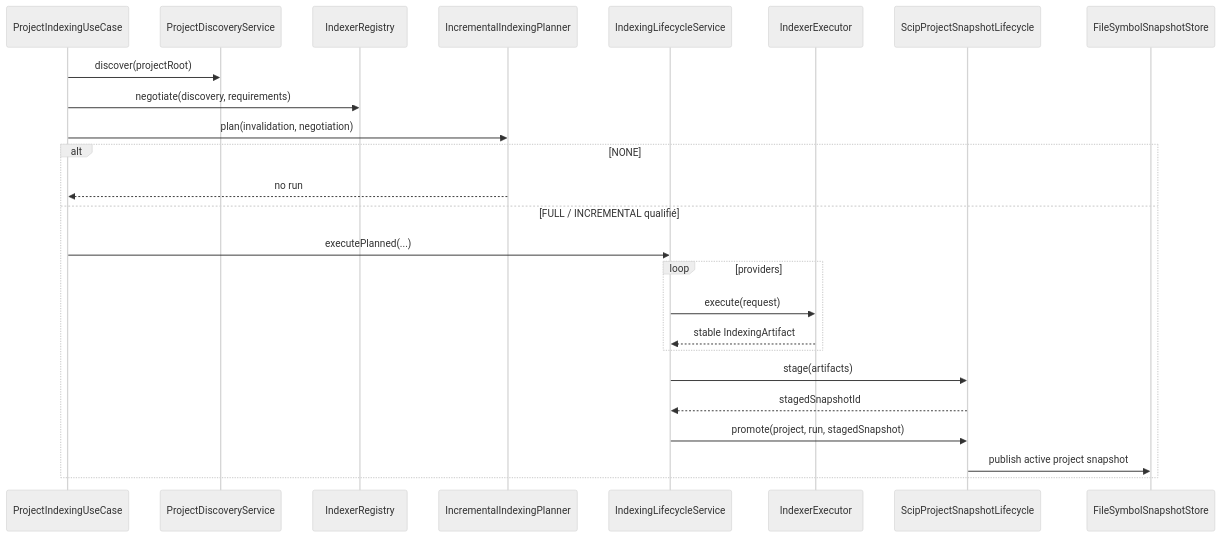
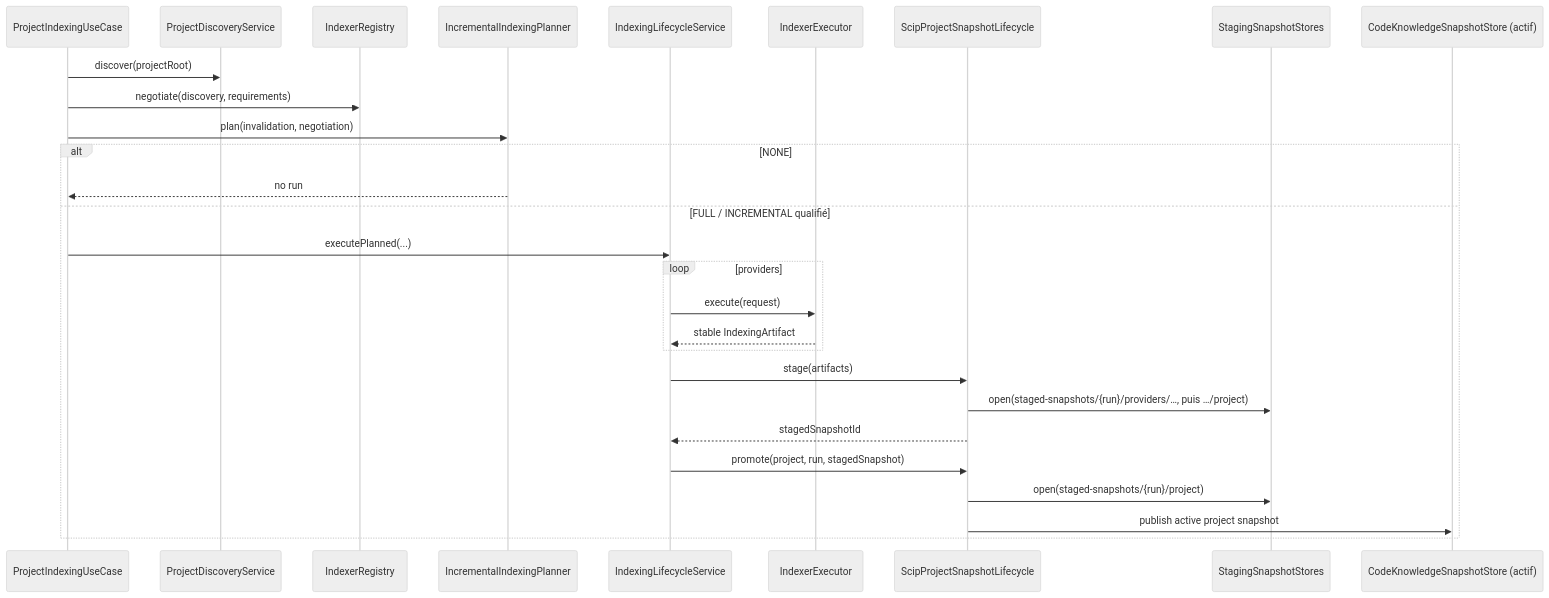
Before and after one commit to FTurleque/minos-code-intelligence: the first of 2 diagrams in docs/developer/indexing-and-storage.md, drawn with Mermaid (neutral theme). The commit also changed other lines of this file and 6 other files, not shown here.

First line of the commit message:
docs(architecture): décrire le staging injecté du cycle SCIP et les raisons d'A13

````diff
--- a/docs/developer/indexing-and-storage.md
+++ b/docs/developer/indexing-and-storage.md
@@ -7,28 +7,31 @@
 ```mermaid
 sequenceDiagram
     participant C as ProjectIndexingUseCase
     participant D as ProjectDiscoveryService
     participant N as IndexerRegistry
     participant P as IncrementalIndexingPlanner
     participant L as IndexingLifecycleService
     participant E as IndexerExecutor
     participant ST as ScipProjectSnapshotLifecycle
-    participant S as FileSymbolSnapshotStore
+    participant W as StagingSnapshotStores
+    participant S as CodeKnowledgeSnapshotStore (actif)
 
     C->>D: discover(projectRoot)
     C->>N: negotiate(discovery, requirements)
     C->>P: plan(invalidation, negotiation)
     alt NONE
         P-->>C: no run
     else FULL / INCREMENTAL qualifié
         C->>L: executePlanned(...)
         loop providers
             L->>E: execute(request)
             E-->>L: stable IndexingArtifact
         end
         L->>ST: stage(artifacts)
+        ST->>W: open(staged-snapshots/{run}/providers/…, puis …/project)
         ST-->>L: stagedSnapshotId
         L->>ST: promote(project, run, stagedSnapshot)
+        ST->>W: open(staged-snapshots/{run}/project)
         ST->>S: publish active project snapshot
     end
 ```
````
